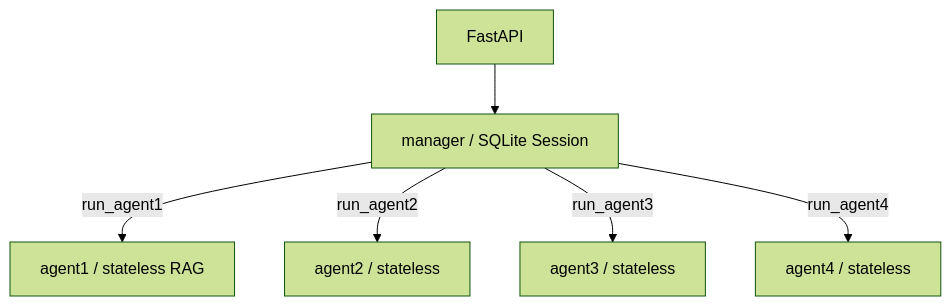
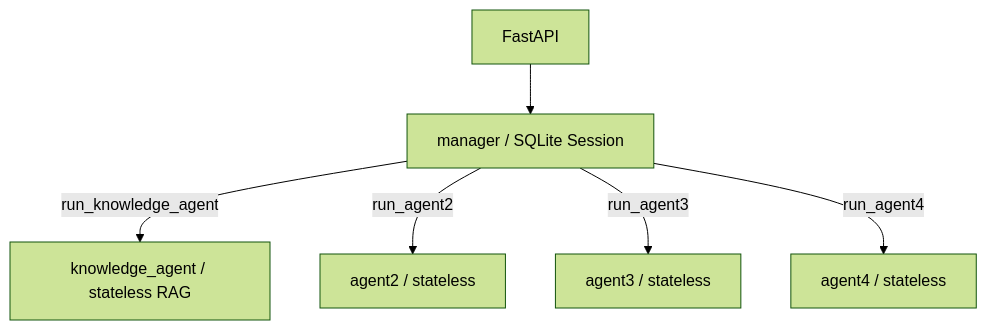
The diagram in README.md (henuzfl/l-agents), drawn with Mermaid (forest theme) before and after one commit. The commit also changed other lines of this file and 28 other files, not shown here.

````diff
--- a/README.md
+++ b/README.md
@@ -5,8 +5,8 @@
 ```mermaid
 flowchart TD
     API[FastAPI] --> M[manager / SQLite Session]
-    M -->|run_agent1| A1[agent1 / stateless RAG]
+    M -->|run_knowledge_agent| A1[knowledge_agent / stateless RAG]
     M -->|run_agent2| A2[agent2 / stateless]
     M -->|run_agent3| A3[agent3 / stateless]
     M -->|run_agent4| A4[agent4 / stateless]
 ```
````
